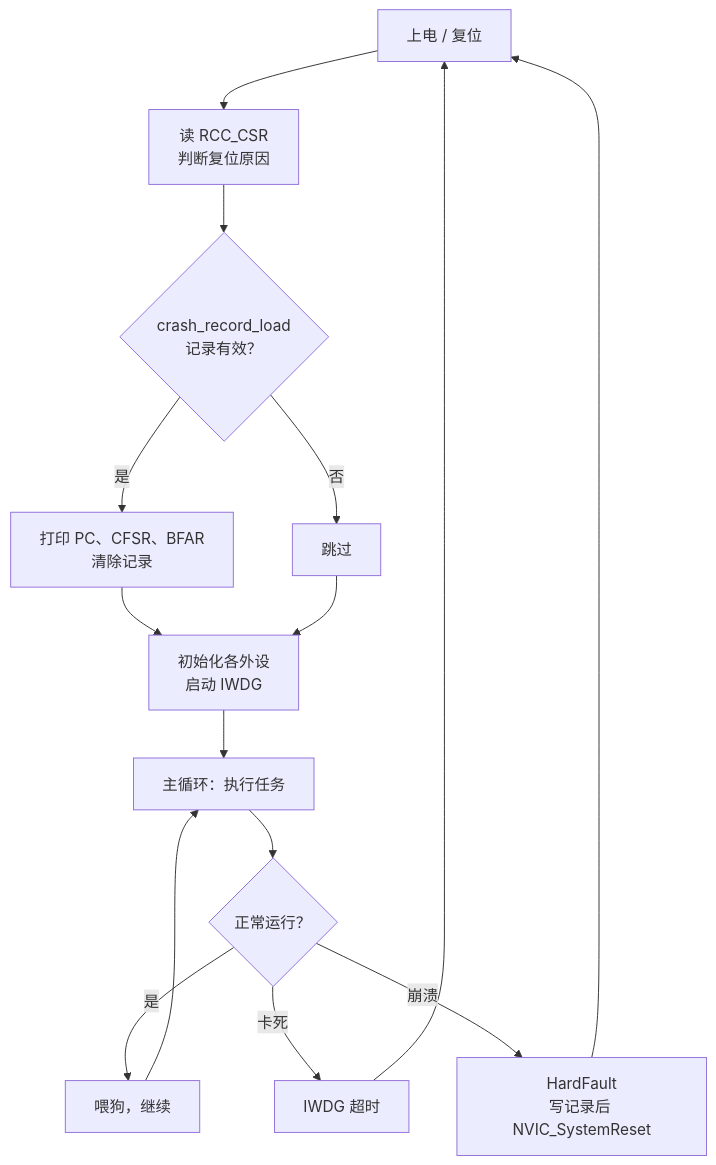
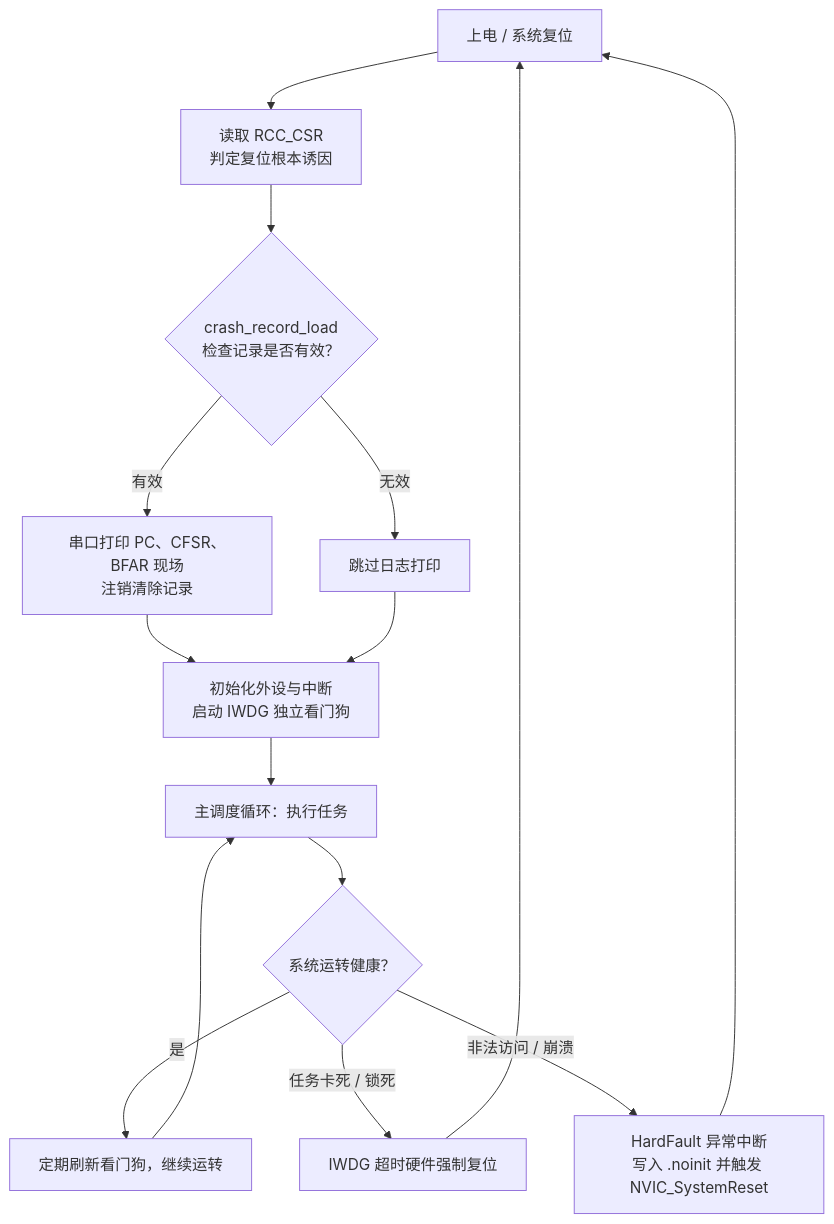
The diagram in docs/教程/正文/嵌入式/2_MCU裸机开发/2_10_看门狗_低功耗与故障处理.md (Mdr-C-Tutorial/C), drawn with Mermaid before and after one commit. The commit also changed other lines of this file and 188 other files, not shown here.

````diff
--- a/docs/教程/正文/嵌入式/2_MCU裸机开发/2_10_看门狗_低功耗与故障处理.md
+++ b/docs/教程/正文/嵌入式/2_MCU裸机开发/2_10_看门狗_低功耗与故障处理.md
@@ -781,17 +809,17 @@
 ```mermaid
 flowchart TB
-    A["上电 / 复位"] --> B["读 RCC_CSR<br/>判断复位原因"]
-    B --> C{"crash_record_load<br/>记录有效？"}
-    C -->|"是"| D["打印 PC、CFSR、BFAR<br/>清除记录"]
-    C -->|"否"| E["跳过"]
-    D --> F["初始化各外设<br/>启动 IWDG"]
+    A["上电 / 系统复位"] --> B["读取 RCC_CSR<br/>判定复位根本诱因"]
+    B --> C{"crash_record_load<br/>检查记录是否有效？"}
+    C -->|"有效"| D["串口打印 PC、CFSR、BFAR 现场<br/>注销清除记录"]
+    C -->|"无效"| E["跳过日志打印"]
+    D --> F["初始化外设与中断<br/>启动 IWDG 独立看门狗"]
     E --> F
-    F --> G["主循环：执行任务"]
-    G --> H{"正常运行？"}
-    H -->|"是"| I["喂狗，继续"]
+    F --> G["主调度循环：执行任务"]
+    G --> H{"系统运转健康？"}
+    H -->|"是"| I["定期刷新看门狗，继续运转"]
     I --> G
-    H -->|"卡死"| J["IWDG 超时"]
-    H -->|"崩溃"| K["HardFault<br/>写记录后 NVIC_SystemReset"]
+    H -->|"任务卡死 / 锁死"| J["IWDG 超时硬件强制复位"]
+    H -->|"非法访问 / 崩溃"| K["HardFault 异常中断<br/>写入 .noinit 并触发 NVIC_SystemReset"]
     J --> A
     K --> A
 ```
````
